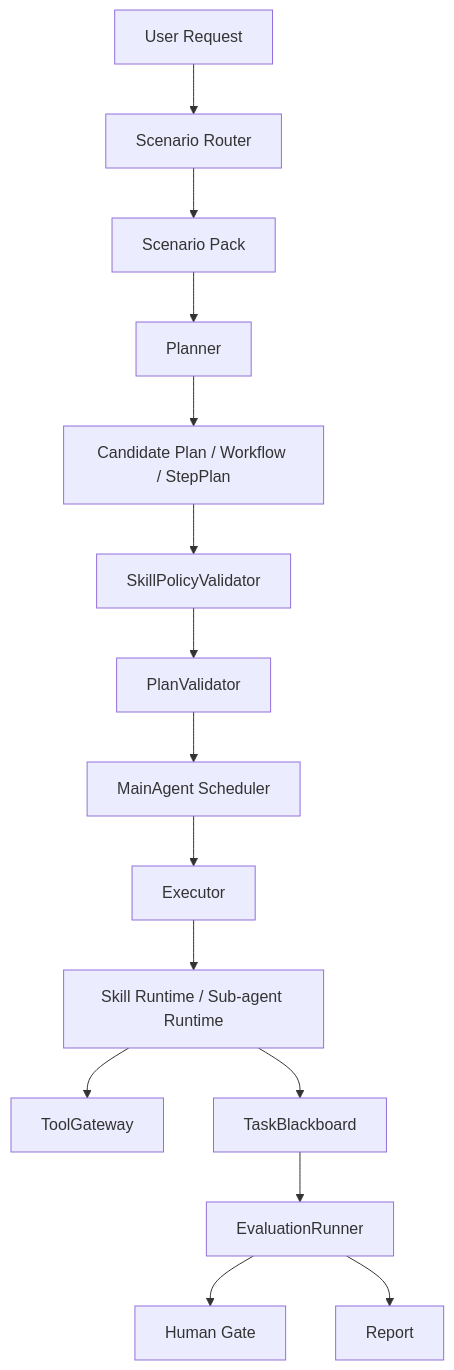
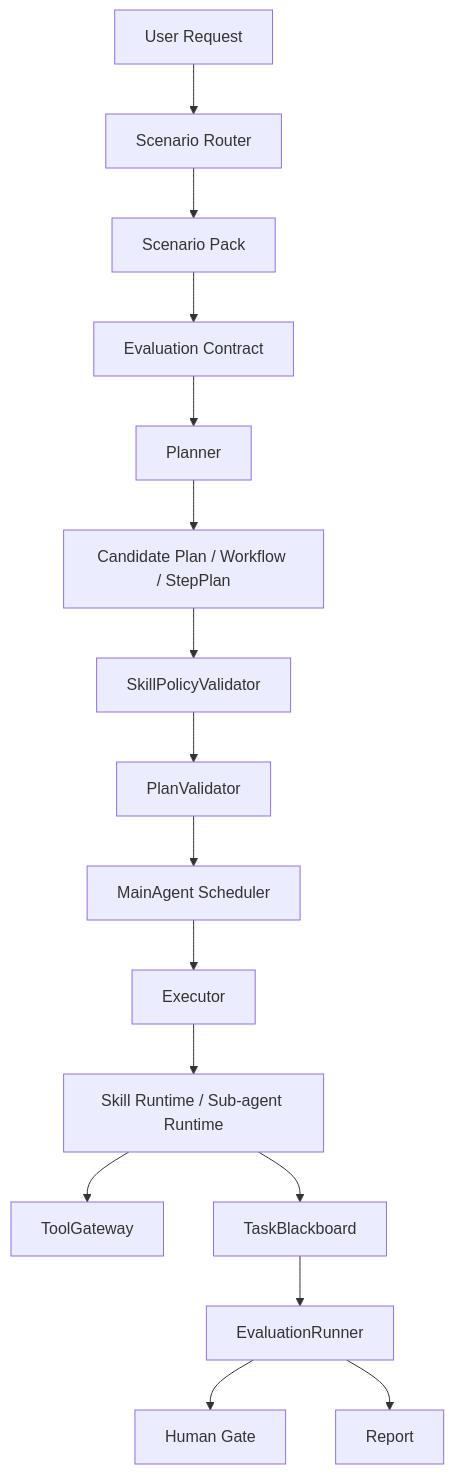
Before and after one commit to zhoulingquan/agentx: the diagram in docs/superpowers/specs/2026-06-11-skill-governed-runtime-design.md, drawn with Mermaid. The commit also changed other lines of this file, not shown here.

Commit message:
Pair scenario packs with evaluation contracts

````diff
--- a/docs/superpowers/specs/2026-06-11-skill-governed-runtime-design.md
+++ b/docs/superpowers/specs/2026-06-11-skill-governed-runtime-design.md
@@ -50,17 +50,18 @@
 ```mermaid
 flowchart TD
     U["User Request"] --> R["Scenario Router"]
     R --> SP["Scenario Pack"]
-    SP --> P["Planner"]
+    SP --> EC["Evaluation Contract"]
+    EC --> P["Planner"]
     P --> CP["Candidate Plan / Workflow / StepPlan"]
     CP --> SV["SkillPolicyValidator"]
     SV --> PV["PlanValidator"]
     PV --> SCH["MainAgent Scheduler"]
     SCH --> EX["Executor"]
     EX --> SK["Skill Runtime / Sub-agent Runtime"]
     SK --> TG["ToolGateway"]
     SK --> BB["TaskBlackboard"]
     BB --> EV["EvaluationRunner"]
     EV --> HG["Human Gate"]
     EV --> RP["Report"]
 ```
````
